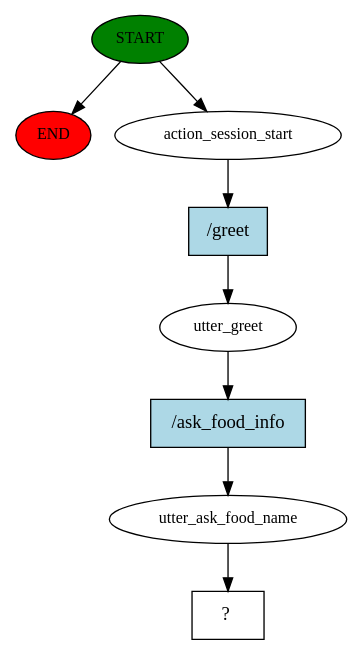
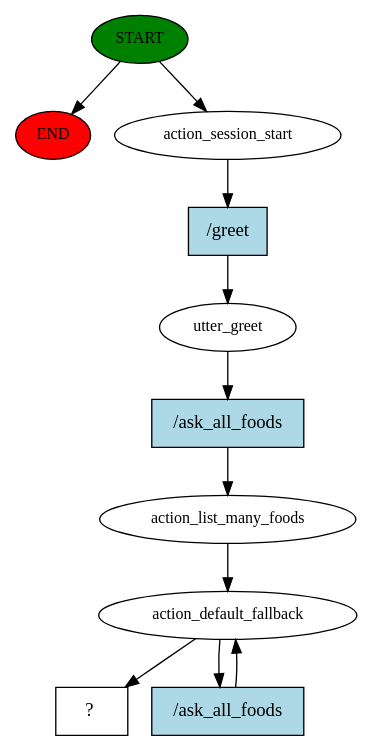
The diagram in story_graph.dot (quochuy43/rasa_chatbot_DN_travel), drawn with Graphviz before and after one commit. The commit also changed 1011 other files, not shown here.

```diff
--- a/story_graph.dot
+++ b/story_graph.dot
@@ -1,17 +1,22 @@
 digraph  {
 0 [class="start active", fillcolor=green, fontsize=12, label=START, style=filled];
 "-1" [class=end, fillcolor=red, fontsize=12, label=END, style=filled];
 1 [class=active, fontsize=12, label=action_session_start];
 2 [class=active, fontsize=12, label=utter_greet];
-3 [class=active, fontsize=12, label=utter_ask_food_name];
-4 [class="intent dashed active", label="  ?  ", shape=rect];
-5 [class="intent active", fillcolor=lightblue, label="/greet", shape=rect, style=filled];
-6 [class="intent active", fillcolor=lightblue, label="/ask_food_info", shape=rect, style=filled];
+3 [class=active, fontsize=12, label=action_list_many_foods];
+4 [class=active, fontsize=12, label=action_default_fallback];
+6 [class="intent dashed active", label="  ?  ", shape=rect];
+7 [class="intent active", fillcolor=lightblue, label="/greet", shape=rect, style=filled];
+8 [class="intent active", fillcolor=lightblue, label="/ask_all_foods", shape=rect, style=filled];
+9 [class="intent active", fillcolor=lightblue, label="/ask_all_foods", shape=rect, style=filled];
 0 -> "-1"  [class="", key=NONE, label=""];
 0 -> 1  [class=active, key=NONE, label=""];
-1 -> 5  [class=active, key=0];
-2 -> 6  [class=active, key=0];
+1 -> 7  [class=active, key=0];
+2 -> 8  [class=active, key=0];
 3 -> 4  [class=active, key=NONE, label=""];
-5 -> 2  [class=active, key=0];
-6 -> 3  [class=active, key=0];
+4 -> 6  [class=active, key=NONE, label=""];
+4 -> 9  [class=active, key=0];
+7 -> 2  [class=active, key=0];
+8 -> 3  [class=active, key=0];
+9 -> 4  [class=active, key=0];
 }
```
